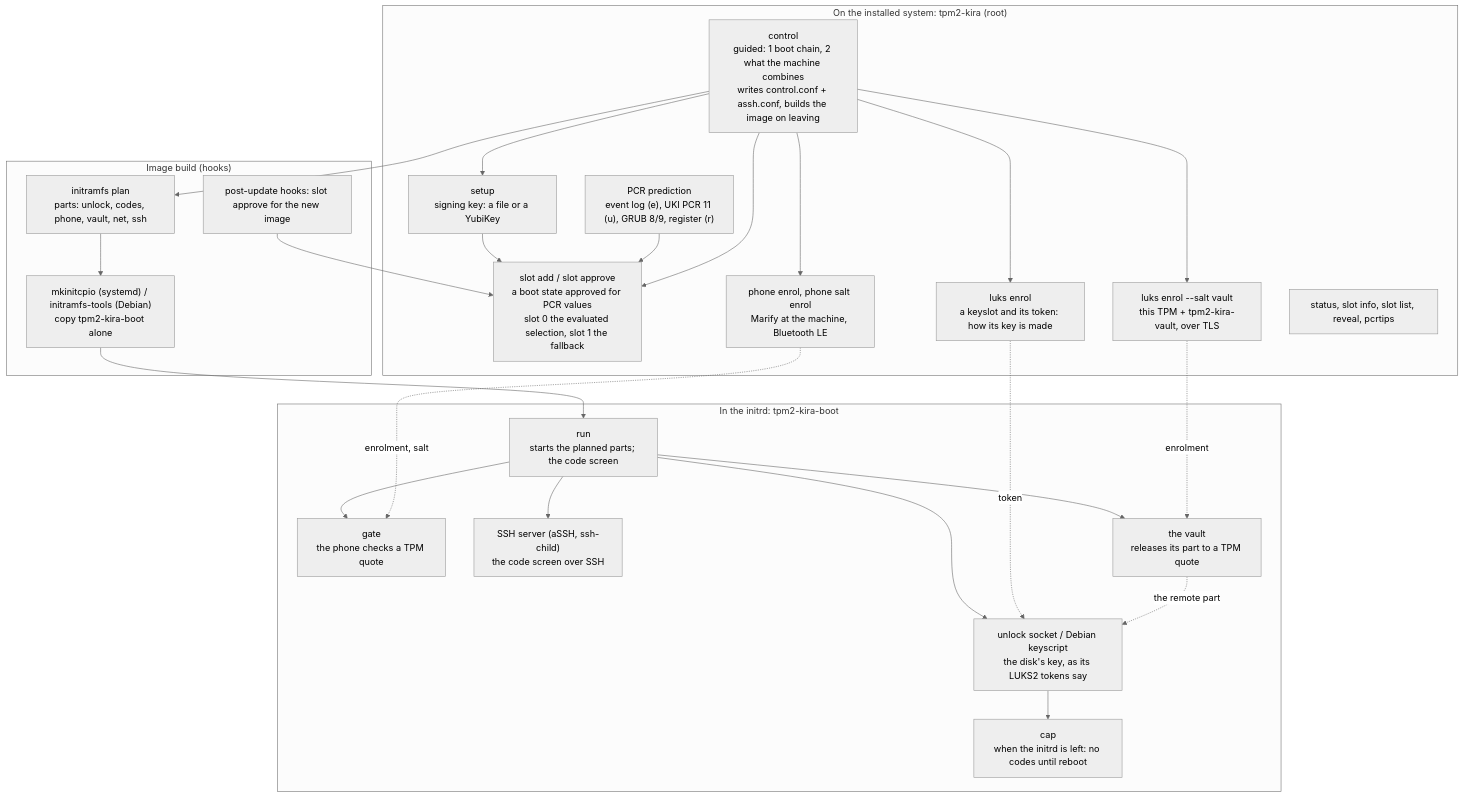
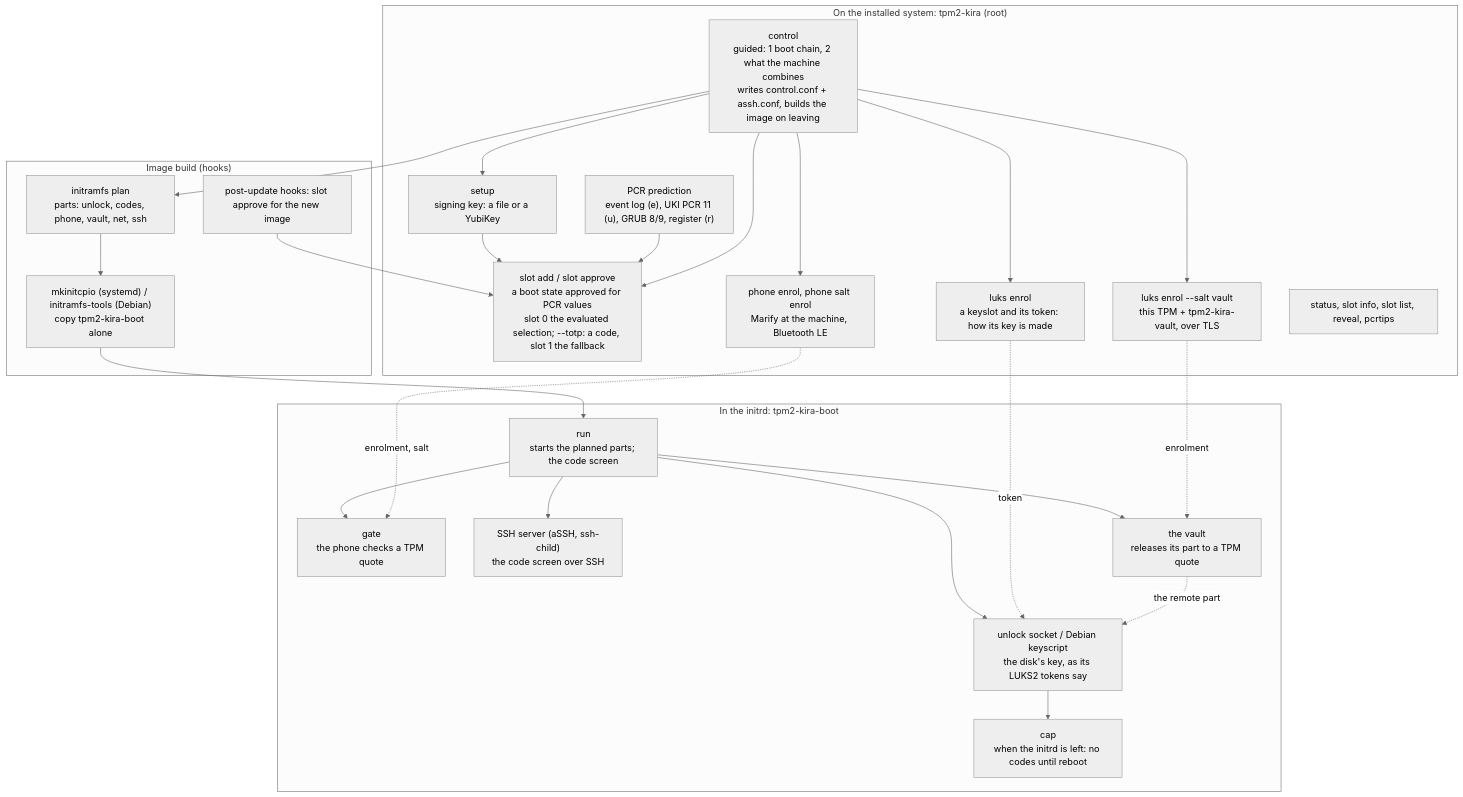
The first of 2 diagrams in README.md (mrwiora/tpm2-kira), drawn with Mermaid (neutral theme) before and after one commit. The commit also changed other lines of this file and 11 other files, not shown here.

First line of the commit message:
Docs: the slot's record in KIRAslotN, TOTP chosen

````diff
--- a/README.md
+++ b/README.md
@@ -51,41 +51,41 @@
 ```mermaid
 flowchart TB
   subgraph SETUP["On the installed system: tpm2-kira (root)"]
     CTRL["control<br/>guided: 1 boot chain, 2 what the machine combines<br/>writes control.conf + assh.conf, builds the image on leaving"]
     KEY["setup<br/>signing key: a file or a YubiKey"]
-    SEAL["slot add / slot approve<br/>a boot state approved for PCR values<br/>slot 0 the evaluated selection, slot 1 the fallback"]
+    SEAL["slot add / slot approve<br/>a boot state approved for PCR values<br/>slot 0 the evaluated selection; --totp: a code, slot 1 the fallback"]
     PCR["PCR prediction<br/>event log (e), UKI PCR 11 (u), GRUB 8/9, register (r)"]
     PHONE["phone enrol, phone salt enrol<br/>Marify at the machine, Bluetooth LE"]
     LUKS["luks enrol<br/>a keyslot and its token: how its key is made"]
     VAULT["luks enrol --salt vault<br/>this TPM + tpm2-kira-vault, over TLS"]
     INSPECT["status, slot info, slot list, reveal, pcrtips"]
   end
 
   subgraph BUILD["Image build (hooks)"]
     PLAN["initramfs plan<br/>parts: unlock, codes, phone, vault, net, ssh"]
     HOOKS["mkinitcpio (systemd) / initramfs-tools (Debian)<br/>copy tpm2-kira-boot alone"]
     POST["post-update hooks: slot approve for the new image"]
   end
 
   subgraph BOOT["In the initrd: tpm2-kira-boot"]
     RUN["run<br/>starts the planned parts; the code screen"]
     ATT["gate<br/>the phone checks a TPM quote"]
     SSH["SSH server (aSSH, ssh-child)<br/>the code screen over SSH"]
     VREL["the vault<br/>releases its part to a TPM quote"]
     UNLOCK["unlock socket / Debian keyscript<br/>the disk's key, as its LUKS2 tokens say"]
     CAP["cap<br/>when the initrd is left: no codes until reboot"]
   end
 
   KEY --> SEAL
   PCR --> SEAL
   CTRL --> KEY & SEAL & PHONE & LUKS & VAULT
   CTRL --> PLAN --> HOOKS
   POST --> SEAL
   HOOKS --> RUN
   RUN --> ATT & SSH & VREL & UNLOCK
   LUKS -. token .-> UNLOCK
   PHONE -. enrolment, salt .-> ATT
   VAULT -. enrolment .-> VREL
   VREL -. the remote part .-> UNLOCK
   UNLOCK --> CAP
 ```
````
